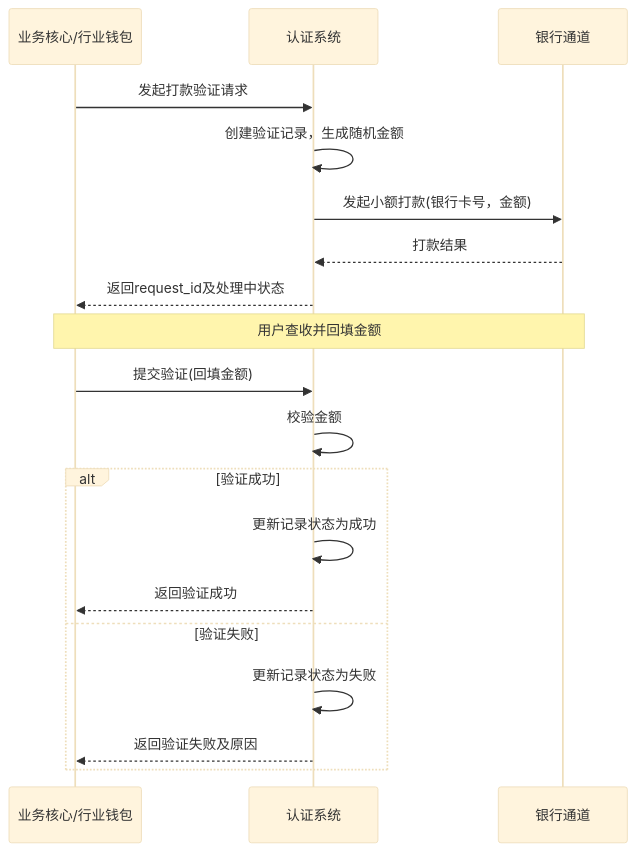
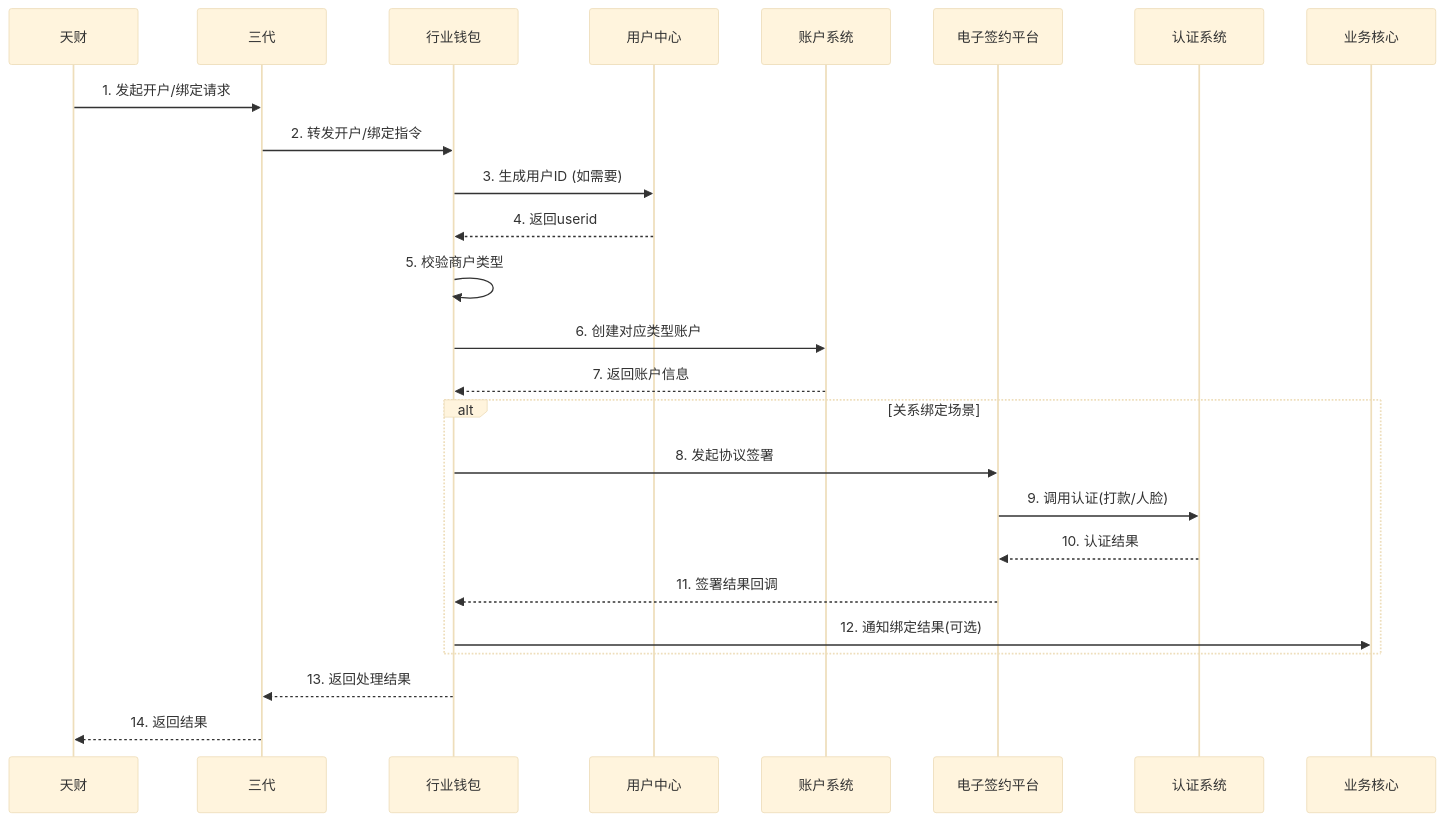
One commit to youzi211/AiCoding changed the eighth of 24 diagrams in data/天财分账需求/gpt-5.2/output/final_design_document.md. Above: the diagram before and after it, drawn with Mermaid (base theme). The commit also changed other lines of this file and 41 other files, not shown here.

````diff
--- a/data/天财分账需求/gpt-5.2/output/final_design_document.md
+++ b/data/天财分账需求/gpt-5.2/output/final_design_document.md
@@ -616,22 +507,28 @@
 ```mermaid
 sequenceDiagram
-    participant B as 业务核心/行业钱包
-    participant A as 认证系统
-    participant Bank as 银行通道
+    participant 天财
+    participant 三代
+    participant 行业钱包
+    participant 用户中心
+    participant 账户系统
+    participant 电子签约平台
+    participant 认证系统
+    participant 业务核心
 
-    B->>A: 发起打款验证请求
-    A->>A: 创建验证记录，生成随机金额
-    A->>Bank: 发起小额打款(银行卡号，金额)
-    Bank-->>A: 打款结果
-    A-->>B: 返回request_id及处理中状态
-    Note over B, Bank: 用户查收并回填金额
-    B->>A: 提交验证(回填金额)
-    A->>A: 校验金额
-    alt 验证成功
-        A->>A: 更新记录状态为成功
-        A-->>B: 返回验证成功
-    else 验证失败
-        A->>A: 更新记录状态为失败
-        A-->>B: 返回验证失败及原因
+    天财->>三代: 1. 发起开户/绑定请求
+    三代->>行业钱包: 2. 转发开户/绑定指令
+    行业钱包->>用户中心: 3. 生成用户ID (如需要)
+    用户中心-->>行业钱包: 4. 返回userid
+    行业钱包->>行业钱包: 5. 校验商户类型
+    行业钱包->>账户系统: 6. 创建对应类型账户
+    账户系统-->>行业钱包: 7. 返回账户信息
+    alt 关系绑定场景
+        行业钱包->>电子签约平台: 8. 发起协议签署
+        电子签约平台->>认证系统: 9. 调用认证(打款/人脸)
+        认证系统-->>电子签约平台: 10. 认证结果
+        电子签约平台-->>行业钱包: 11. 签署结果回调
+        行业钱包->>业务核心: 12. 通知绑定结果(可选)
     end
+    行业钱包-->>三代: 13. 返回处理结果
+    三代-->>天财: 14. 返回结果
 ```
````
